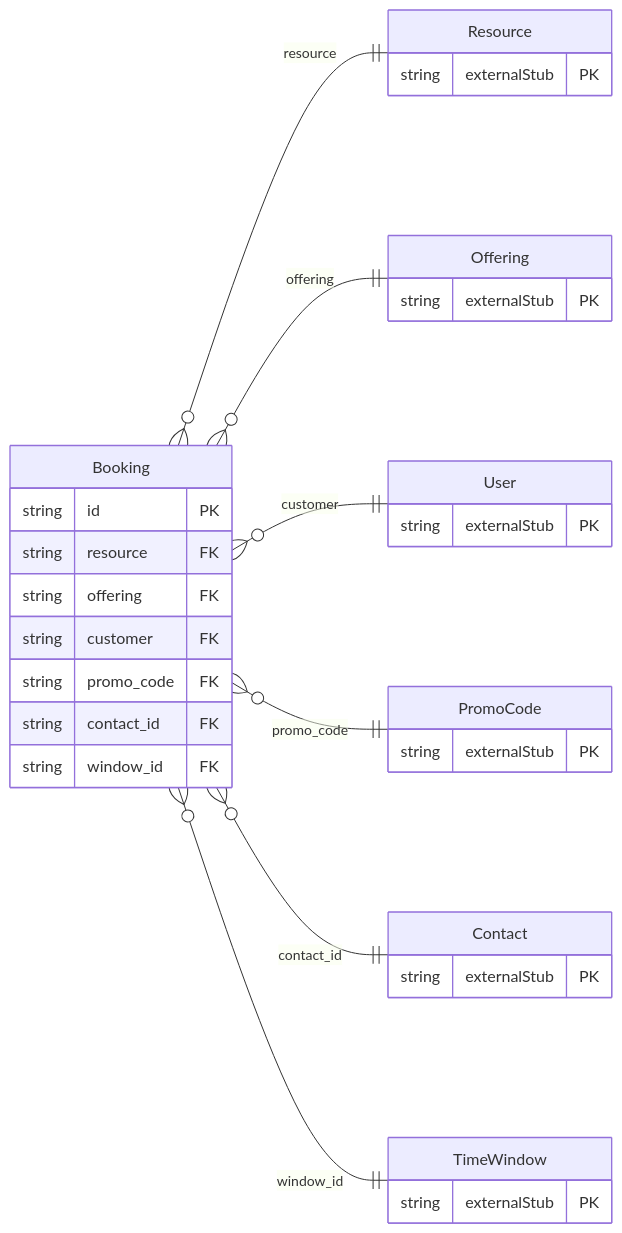
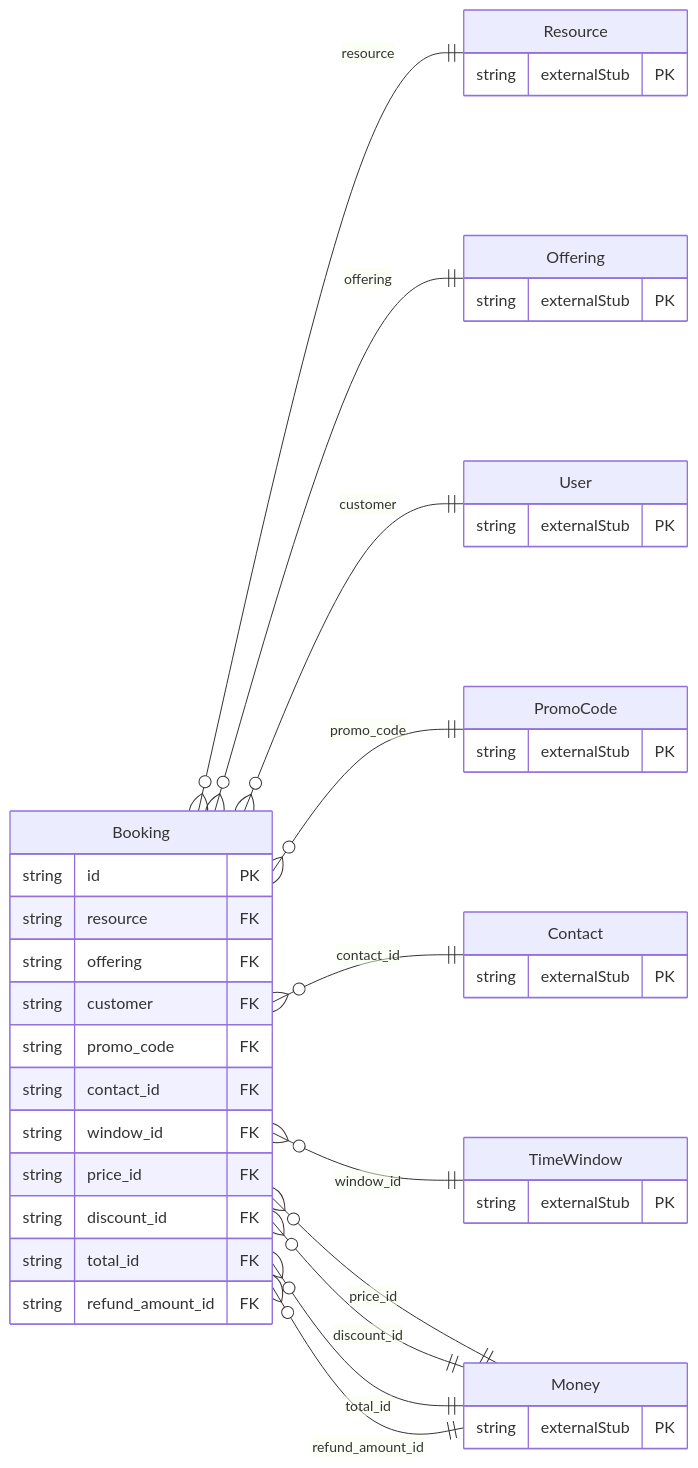
One commit to oh-tarnished/freebusy changed the diagram in protobuf/generated/prisma/freebusy/booking/README.md. Above: the diagram before and after it, drawn with Mermaid. The commit also changed 29 other files, not shown here.

````diff
--- a/protobuf/generated/prisma/freebusy/booking/README.md
+++ b/protobuf/generated/prisma/freebusy/booking/README.md
@@ -13,37 +13,48 @@
 ```mermaid
 erDiagram
     direction LR
     Booking {
         string id PK
         string resource FK
         string offering FK
         string customer FK
         string promo_code FK
         string contact_id FK
         string window_id FK
+        string price_id FK
+        string discount_id FK
+        string total_id FK
+        string refund_amount_id FK
     }
     Contact {
+        string externalStub PK
+    }
+    Money {
         string externalStub PK
     }
     Offering {
         string externalStub PK
     }
     PromoCode {
         string externalStub PK
     }
     Resource {
         string externalStub PK
     }
     TimeWindow {
         string externalStub PK
     }
     User {
         string externalStub PK
     }
     Booking }o--|| Resource : "resource"
     Booking }o--|| Offering : "offering"
     Booking }o--|| User : "customer"
     Booking }o--|| PromoCode : "promo_code"
     Booking }o--|| Contact : "contact_id"
     Booking }o--|| TimeWindow : "window_id"
+    Booking }o--|| Money : "price_id"
+    Booking }o--|| Money : "discount_id"
+    Booking }o--|| Money : "total_id"
+    Booking }o--|| Money : "refund_amount_id"
 ```
````
